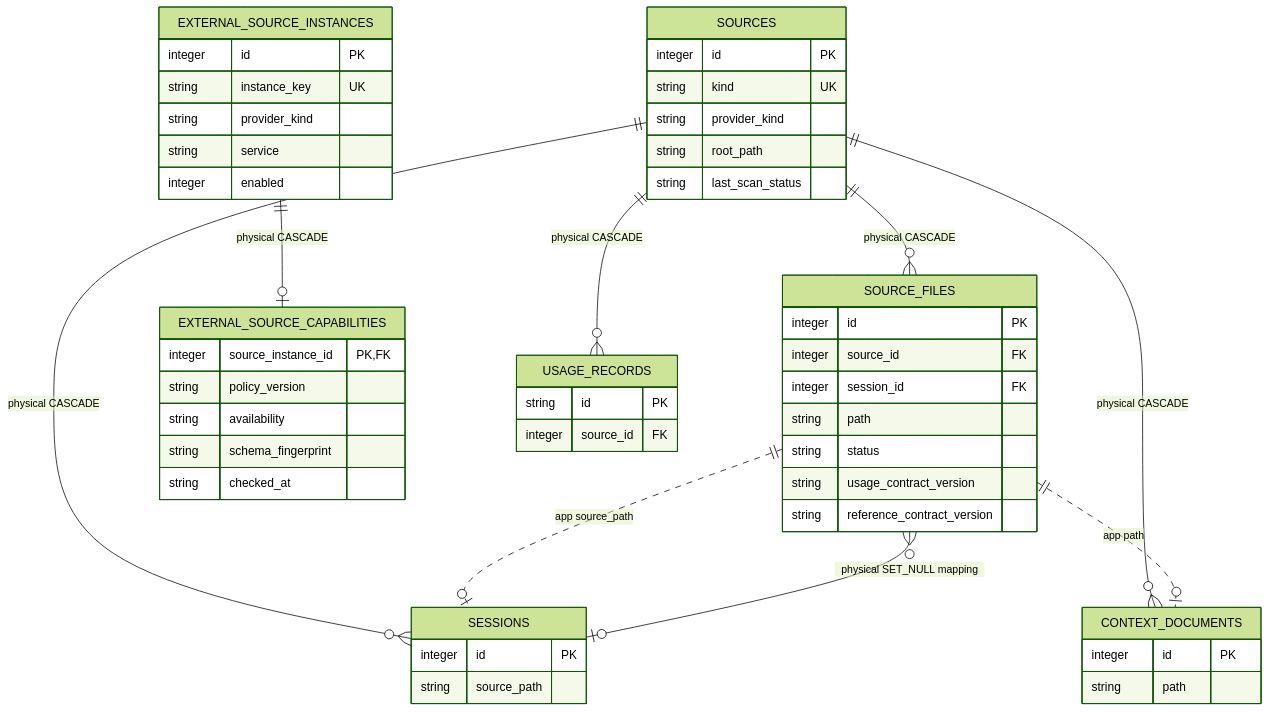
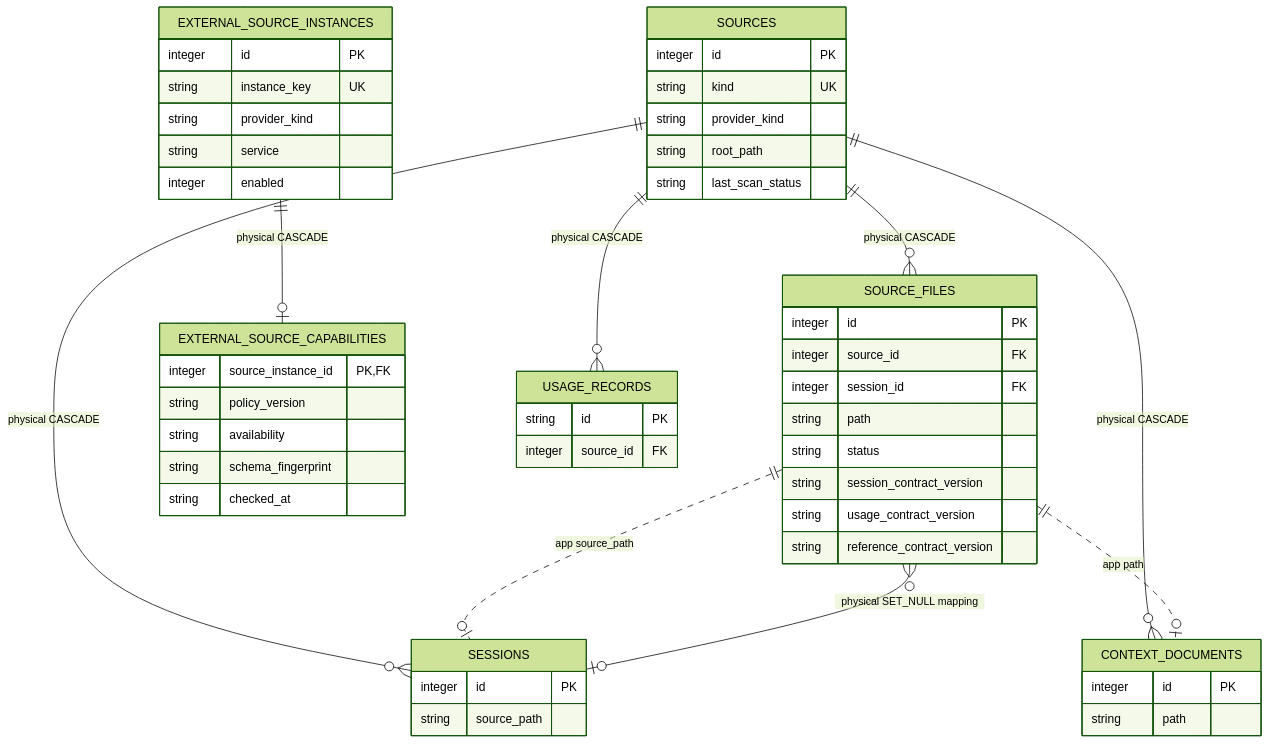
Before and after one commit to chochita0311/local-brain: the diagram in docs/policies/project/data-model/source-registry-and-scans.md, drawn with Mermaid (forest theme). The commit also changed other lines of this file and 37 other files, not shown here.

````diff
--- a/docs/policies/project/data-model/source-registry-and-scans.md
+++ b/docs/policies/project/data-model/source-registry-and-scans.md
@@ -13,45 +13,46 @@
 ```mermaid
 erDiagram
     SOURCES {
         integer id PK
         string kind UK
         string provider_kind
         string root_path
         string last_scan_status
     }
     SOURCE_FILES {
         integer id PK
         integer source_id FK
         integer session_id FK
         string path
         string status
+        string session_contract_version
         string usage_contract_version
         string reference_contract_version
     }
     EXTERNAL_SOURCE_INSTANCES {
         integer id PK
         string instance_key UK
         string provider_kind
         string service
         integer enabled
     }
     EXTERNAL_SOURCE_CAPABILITIES {
         integer source_instance_id PK, FK
         string policy_version
         string availability
         string schema_fingerprint
         string checked_at
     }
     SESSIONS { integer id PK string source_path }
     USAGE_RECORDS { string id PK integer source_id FK }
     CONTEXT_DOCUMENTS { integer id PK string path }
 
     SOURCES ||--o{ SOURCE_FILES : "physical CASCADE"
     SOURCES ||--o{ SESSIONS : "physical CASCADE"
     SOURCES ||--o{ USAGE_RECORDS : "physical CASCADE"
     SOURCES ||--o{ CONTEXT_DOCUMENTS : "physical CASCADE"
     EXTERNAL_SOURCE_INSTANCES ||--o| EXTERNAL_SOURCE_CAPABILITIES : "physical CASCADE"
     SESSIONS o|--o{ SOURCE_FILES : "physical SET_NULL mapping"
     SOURCE_FILES ||..o| SESSIONS : "app source_path"
     SOURCE_FILES ||..o| CONTEXT_DOCUMENTS : "app path"
 ```
````
